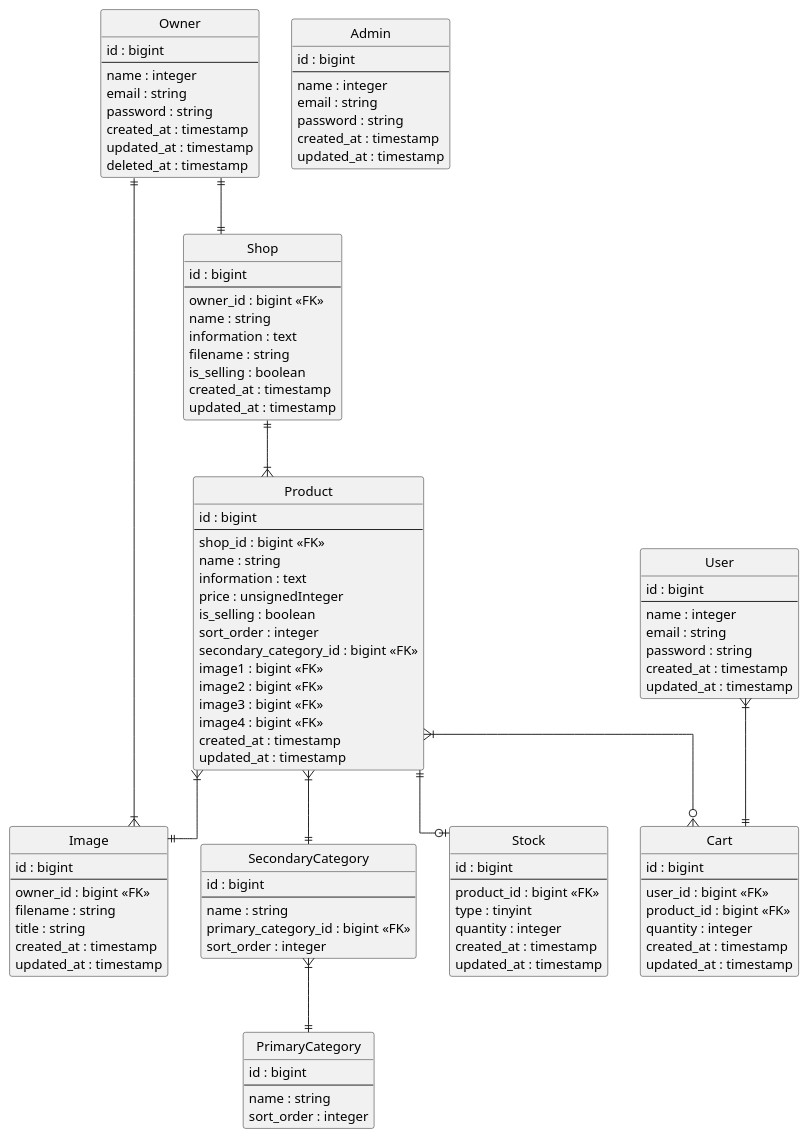
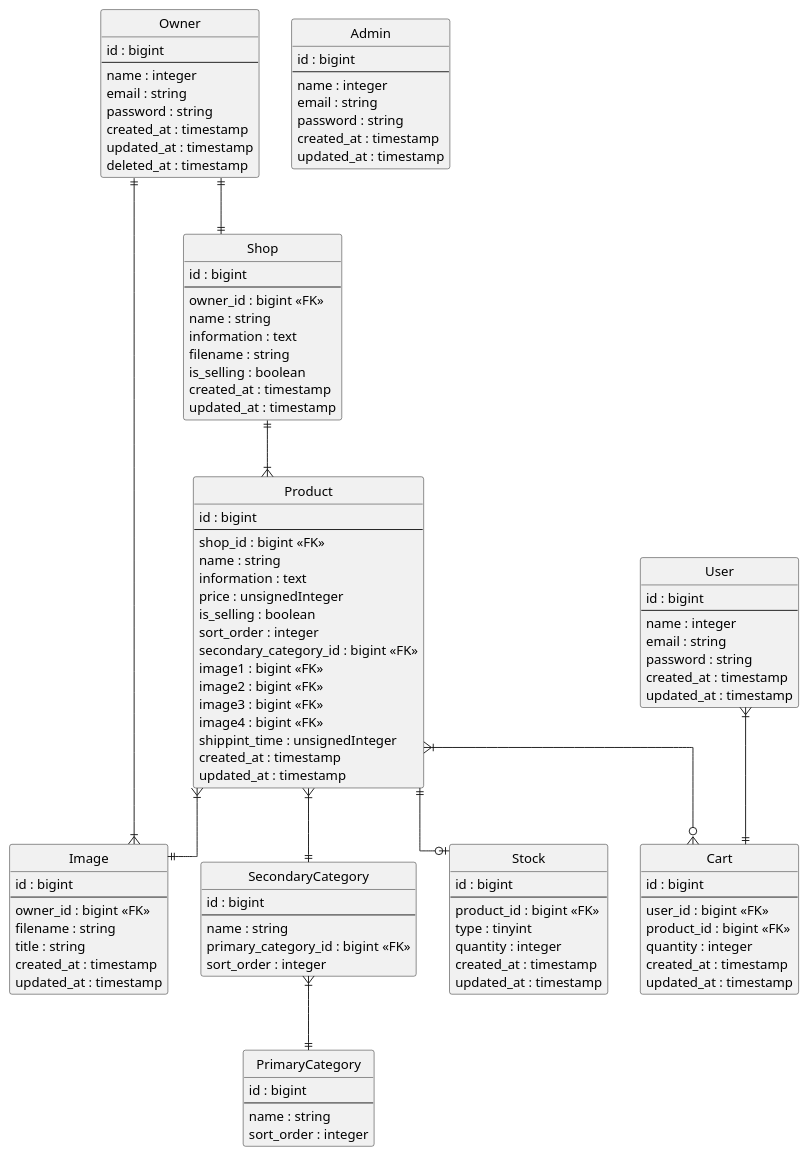
One commit to FumihikoTsutsuguchi/fuel-furniture_ec changed the diagram in documents/tables.pu. Above: the diagram before and after it, drawn with PlantUML. The commit also changed 10 other files, not shown here.

```diff
--- a/documents/tables.pu
+++ b/documents/tables.pu
@@ -1,125 +1,126 @@
 @startuml fuel_furniture
 ' hide the spot
 hide circle
 
 ' avoid problems with angled crows feet
 skinparam linetype ortho
 
 
 entity "Owner" as Owner {
   id : bigint
   --
   name : integer
   email : string
   password : string
   created_at : timestamp
   updated_at : timestamp
   deleted_at : timestamp
 }
 
 entity "Shop" as Shop {
   id : bigint
   --
   owner_id : bigint <<FK>>
   name : string
   information : text
   filename : string
   is_selling : boolean
   created_at : timestamp
   updated_at : timestamp
 }
 
 entity "Product" as Product {
   id : bigint
   --
   shop_id : bigint <<FK>>
   name : string
   information : text
   price : unsignedInteger
   is_selling : boolean
   sort_order : integer
   secondary_category_id : bigint <<FK>>
   image1 : bigint <<FK>>
   image2 : bigint <<FK>>
   image3 : bigint <<FK>>
   image4 : bigint <<FK>>
+  shippint_time : unsignedInteger
   created_at : timestamp
   updated_at : timestamp
 }
 
 entity "Image" as Image {
   id : bigint
   --
   owner_id : bigint <<FK>>
   filename : string
   title : string
   created_at : timestamp
   updated_at : timestamp
 }
 
 entity "PrimaryCategory" as PrimaryCategory {
   id : bigint
   --
   name : string
   sort_order : integer
 }
 
 entity "SecondaryCategory" as SecondaryCategory {
   id : bigint
   --
   name : string
   primary_category_id : bigint <<FK>>
   sort_order : integer
 }
 
 entity "Stock" as Stock {
   id : bigint
   --
   product_id : bigint <<FK>>
   type : tinyint
   quantity : integer
   created_at : timestamp
   updated_at : timestamp
 }
 
 entity "User" as User {
   id : bigint
   --
   name : integer
   email : string
   password : string
   created_at : timestamp
   updated_at : timestamp
 }
 
 entity "Cart" as Cart {
   id : bigint
   --
   user_id : bigint <<FK>>
   product_id : bigint <<FK>>
   quantity : integer
   created_at : timestamp
   updated_at : timestamp
 }
 
 entity "Admin" as Admin {
   id : bigint
   --
   name : integer
   email : string
   password : string
   created_at : timestamp
   updated_at : timestamp
 }
 
 Owner ||--|| Shop
 Owner ||--|{ Image
 Shop ||--|{ Product
 Product }|--|| Image
 Product ||--o| Stock
 Product }|--o{ Cart
 Product }|--|| SecondaryCategory
 SecondaryCategory }|--|| PrimaryCategory
 User }|--|| Cart
 
 @enduml
```
